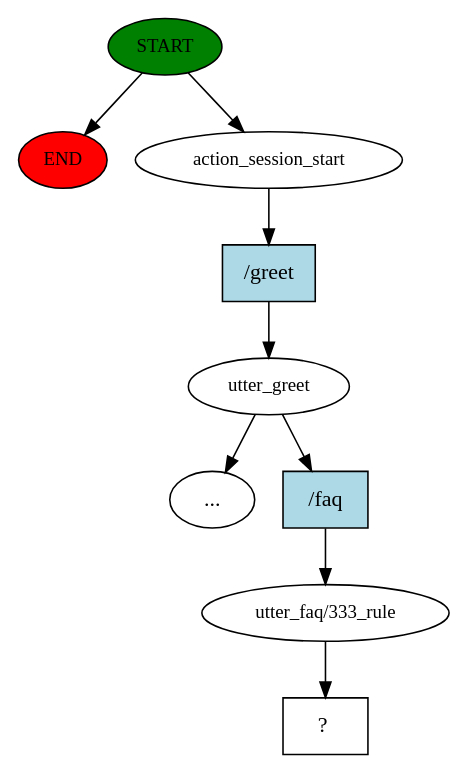
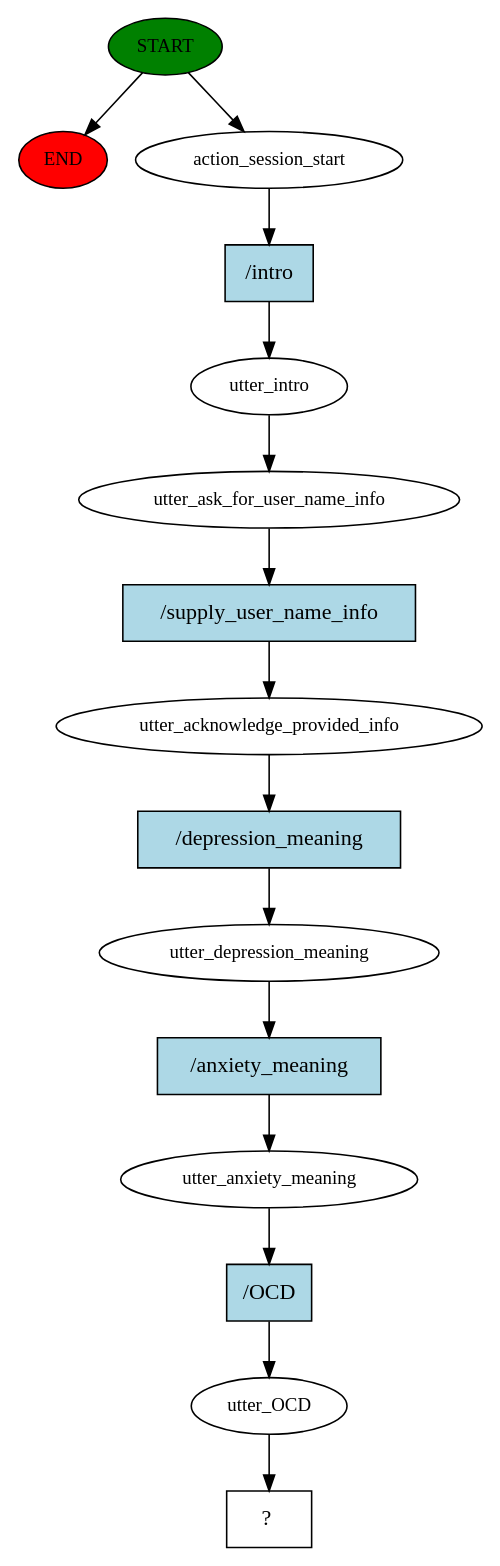
One commit to dpkasundaram/mental-health-ai changed the diagram in story_graph.dot. Above: the diagram before and after it, drawn with Graphviz. The commit also changed 6 other files, not shown here.

```diff
--- a/story_graph.dot
+++ b/story_graph.dot
@@ -1,19 +1,31 @@
 digraph  {
 0 [class="start active", fillcolor=green, fontsize=12, label=START, style=filled];
 "-1" [class=end, fillcolor=red, fontsize=12, label=END, style=filled];
 1 [class=active, fontsize=12, label=action_session_start];
-2 [class=active, fontsize=12, label=utter_greet];
-"-3" [class=ellipsis, label="..."];
-5 [class=active, fontsize=12, label="utter_faq/333_rule"];
-6 [class="intent dashed active", label="  ?  ", shape=rect];
-7 [class="intent active", fillcolor=lightblue, label="/greet", shape=rect, style=filled];
-8 [class="intent active", fillcolor=lightblue, label="/faq", shape=rect, style=filled];
+2 [class=active, fontsize=12, label=utter_intro];
+3 [class=active, fontsize=12, label=utter_ask_for_user_name_info];
+4 [class=active, fontsize=12, label=utter_acknowledge_provided_info];
+5 [class=active, fontsize=12, label=utter_depression_meaning];
+6 [class=active, fontsize=12, label=utter_anxiety_meaning];
+7 [class=active, fontsize=12, label=utter_OCD];
+8 [class="intent dashed active", label="  ?  ", shape=rect];
+9 [class="intent active", fillcolor=lightblue, label="/intro", shape=rect, style=filled];
+10 [class="intent active", fillcolor=lightblue, label="/supply_user_name_info", shape=rect, style=filled];
+11 [class="intent active", fillcolor=lightblue, label="/depression_meaning", shape=rect, style=filled];
+12 [class="intent active", fillcolor=lightblue, label="/anxiety_meaning", shape=rect, style=filled];
+13 [class="intent active", fillcolor=lightblue, label="/OCD", shape=rect, style=filled];
 0 -> "-1"  [class="", key=NONE, label=""];
 0 -> 1  [class=active, key=NONE, label=""];
-1 -> 7  [class=active, key=0];
-2 -> "-3"  [class="", key=NONE, label=""];
-2 -> 8  [class=active, key=0];
-5 -> 6  [class=active, key=NONE, label=""];
-7 -> 2  [class=active, key=0];
-8 -> 5  [class=active, key=0];
+1 -> 9  [class=active, key=0];
+2 -> 3  [class=active, key=NONE, label=""];
+3 -> 10  [class=active, key=0];
+4 -> 11  [class=active, key=0];
+5 -> 12  [class=active, key=0];
+6 -> 13  [class=active, key=0];
+7 -> 8  [class=active, key=NONE, label=""];
+9 -> 2  [class=active, key=0];
+10 -> 4  [class=active, key=0];
+11 -> 5  [class=active, key=0];
+12 -> 6  [class=active, key=0];
+13 -> 7  [class=active, key=0];
 }
```
